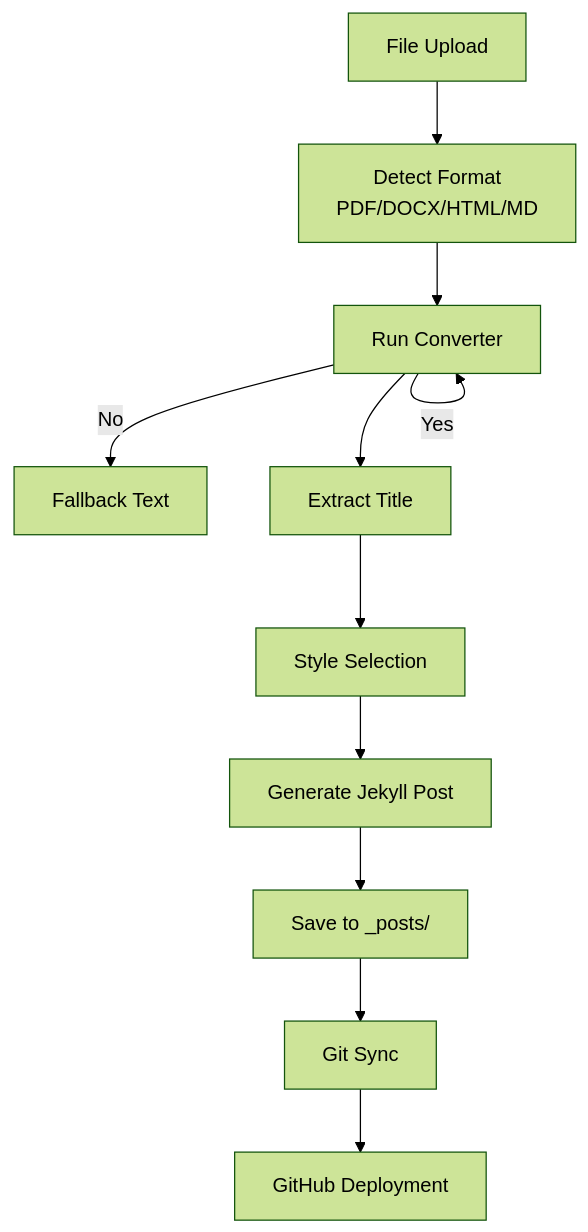
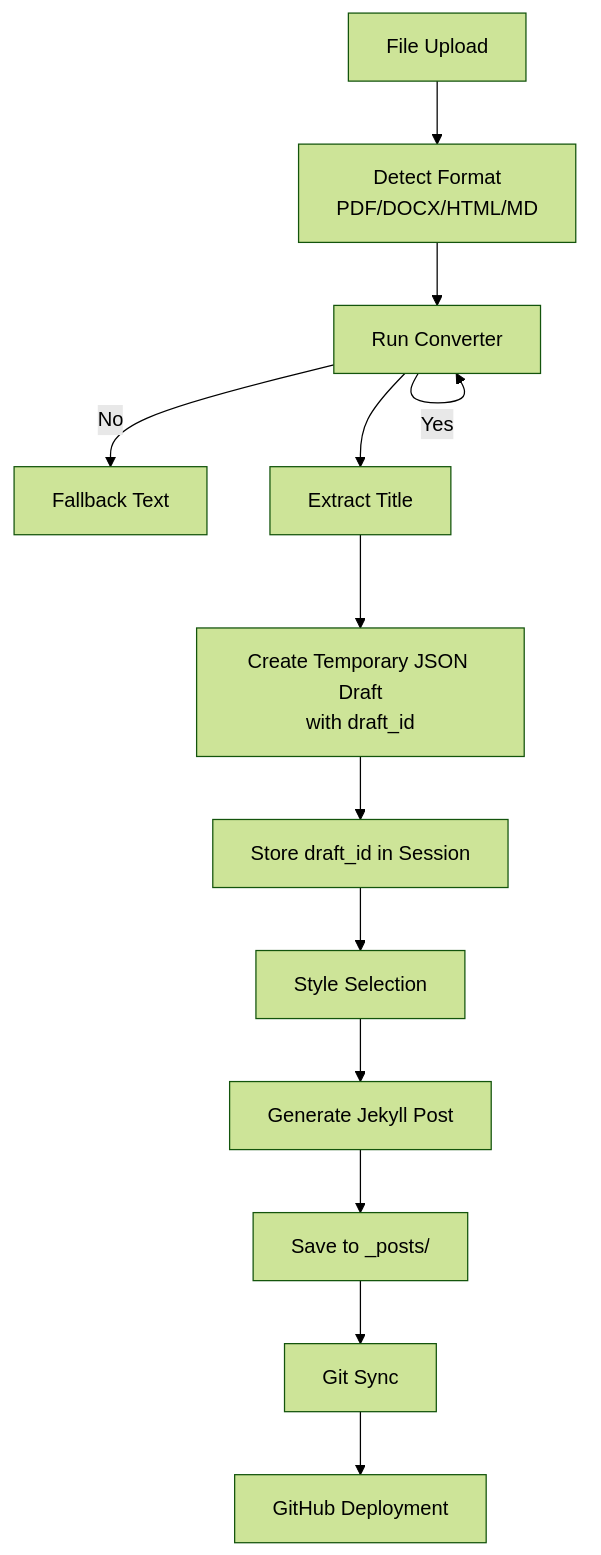
One commit to PolarisW007/PolaZhenJing changed the fifth of 8 diagrams in .qoder/repowiki/en/content/Backend Application/Application Architecture.md. Above: the diagram before and after it, drawn with Mermaid (forest theme). The commit also changed other lines of this file and 8 other files, not shown here.

````diff
--- a/.qoder/repowiki/en/content/Backend Application/Application Architecture.md
+++ b/.qoder/repowiki/en/content/Backend Application/Application Architecture.md
@@ -235,13 +241,15 @@
 ```mermaid
 flowchart TD
 Upload["File Upload"] --> Detect["Detect Format<br/>PDF/DOCX/HTML/MD"]
 Detect --> Convert{"Conversion Available?"}
 Convert --> |Yes| Convert["Run Converter"]
 Convert --> |No| Fallback["Fallback Text"]
 Convert --> Title["Extract Title"]
-Title --> Style["Style Selection"]
+Title --> Draft["Create Temporary JSON Draft<br/>with draft_id"]
+Draft --> Session["Store draft_id in Session"]
+Session --> Style["Style Selection"]
 Style --> Generate["Generate Jekyll Post"]
 Generate --> Save["Save to _posts/"]
 Save --> Sync["Git Sync"]
 Sync --> Deploy["GitHub Deployment"]
 ```
````
